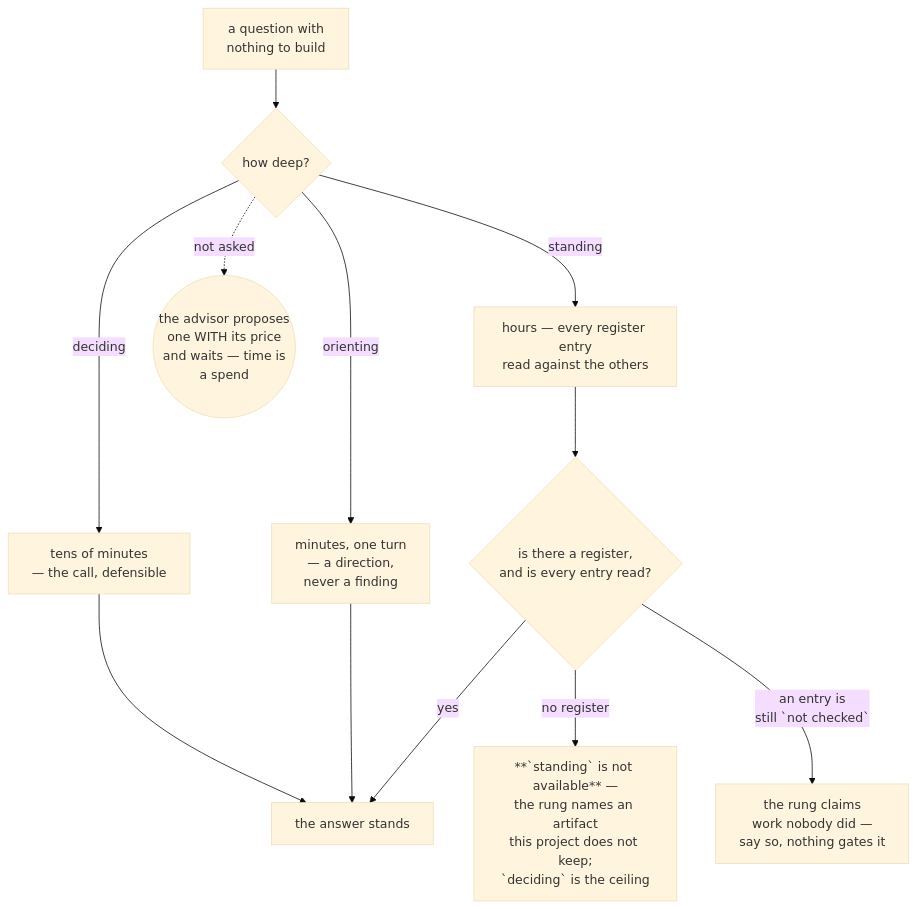
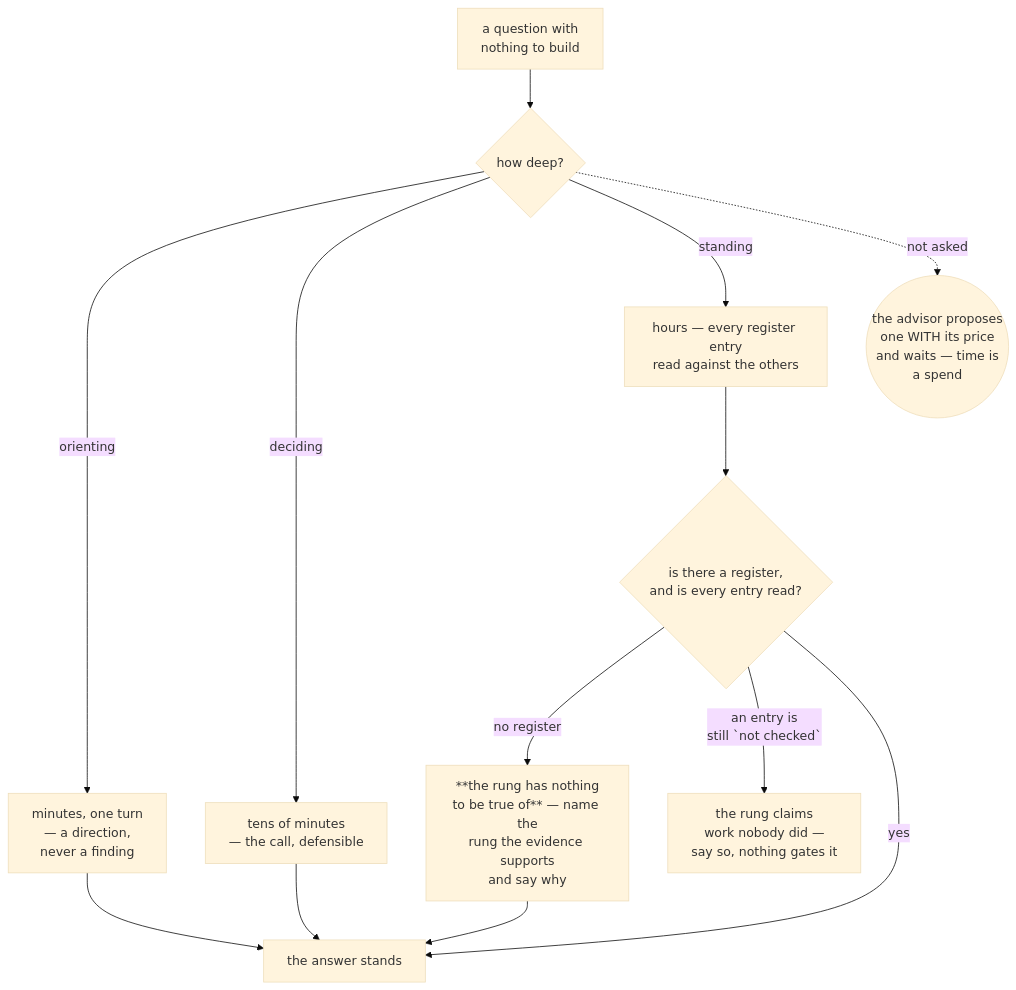
The first of 2 diagrams in consulting.md (jamillazarev/opsinist), drawn with Mermaid (base theme) before and after one commit. The commit also changed other lines of this file and 6 other files, not shown here.

````diff
--- a/consulting.md
+++ b/consulting.md
@@ -27,14 +29,15 @@
 ```mermaid
 flowchart TD
   Q["a question with<br/>nothing to build"] --> D{"how deep?"}
   D -->|"orienting"| O["minutes, one turn<br/>— a direction,<br/>never a finding"]
   D -->|"deciding"| E["tens of minutes<br/>— the call, defensible"]
   D -->|"standing"| S["hours — every register entry<br/>read against the others"]
   D -.->|"not asked"| A(("the advisor proposes<br/>one WITH its price<br/>and waits — time is<br/>a spend"))
   S --> V{"is there a register,<br/>and is every entry read?"}
-  V -->|"no register"| N["**`standing` is not available** —<br/>the rung names an artifact<br/>this project does not keep;<br/>`deciding` is the ceiling"]
+  V -->|"no register"| N["**the rung has nothing<br/>to be true of** — name the<br/>rung the evidence supports<br/>and say why"]
+  N --> K
   V -->|"an entry is<br/>still `not checked`"| R["the rung claims<br/>work nobody did —<br/>say so, nothing gates it"]
   V -->|"yes"| K["the answer stands"]
   O --> K
   E --> K
 ```
````
